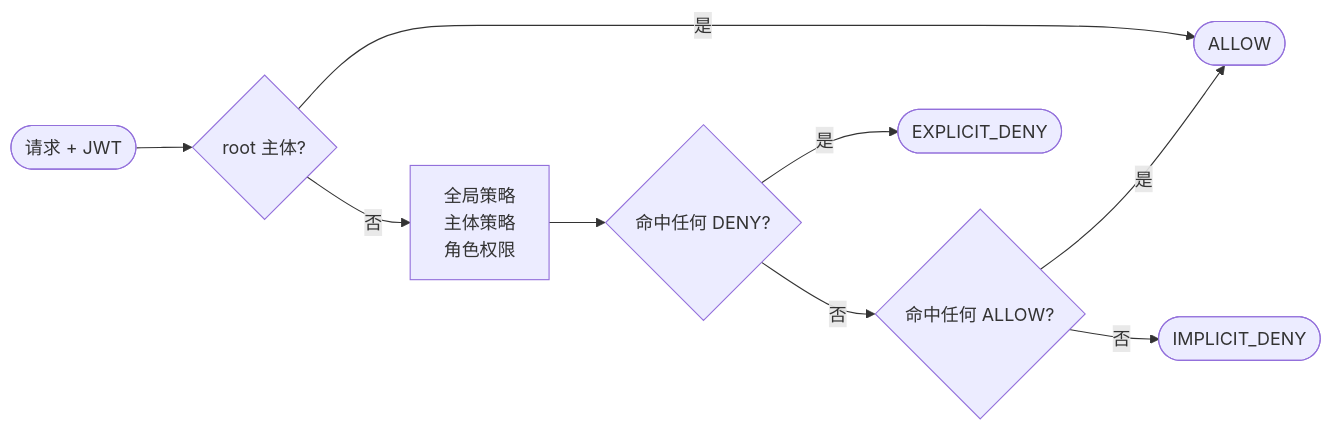
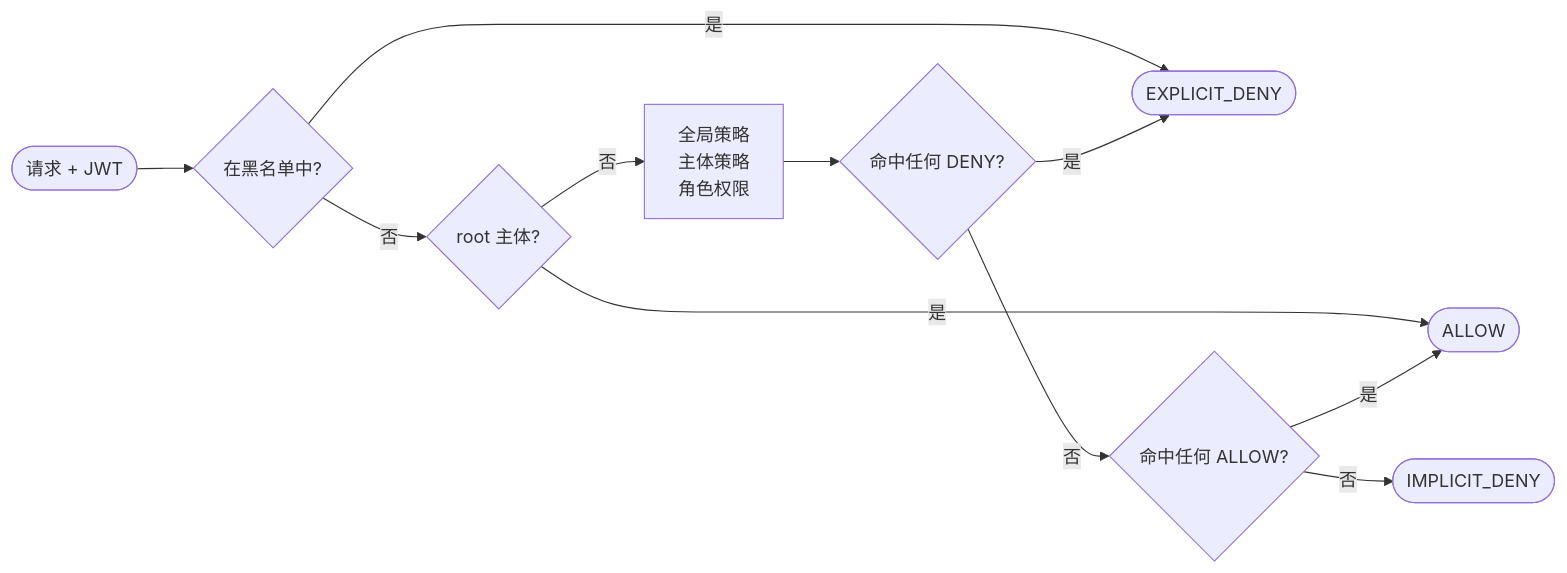
One commit to Ahoo-Wang/CoSec changed the diagram in README.zh-CN.md. Above: the diagram before and after it, drawn with Mermaid. The commit also changed 20 other files, not shown here.

````diff
--- a/README.zh-CN.md
+++ b/README.zh-CN.md
@@ -31,11 +31,13 @@
 ```mermaid
 flowchart LR
-    R([请求 + JWT]) --> ROOT{root 主体?}
+    R([请求 + JWT]) --> BL{在黑名单中?}
+    BL -->|是| DENY([EXPLICIT_DENY])
+    BL -->|否| ROOT{root 主体?}
     ROOT -->|是| ALLOW([ALLOW])
     ROOT -->|否| L["全局策略<br>主体策略<br>角色权限"]
     L --> D{命中任何 DENY?}
-    D -->|是| DENY([EXPLICIT_DENY])
+    D -->|是| DENY
     D -->|否| A{命中任何 ALLOW?}
     A -->|是| ALLOW
     A -->|否| IMP([IMPLICIT_DENY])
 ```
````
